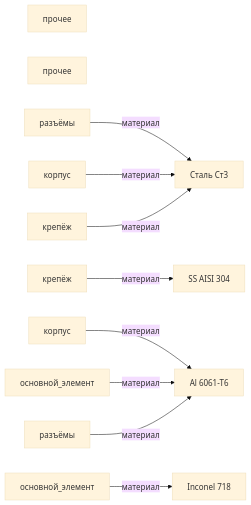
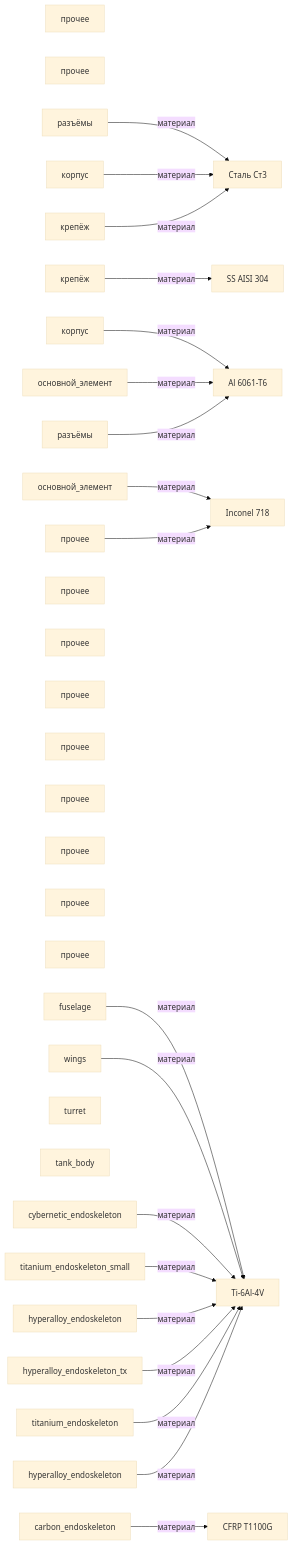
The diagram in graphs/mermaid/graph1_каркас.md (a-m-e-n-t-e-t/SkyNet), drawn with Mermaid (base theme) before and after one commit. The commit also changed other lines of this file and 174 other files, not shown here.

````diff
--- a/graphs/mermaid/graph1_каркас.md
+++ b/graphs/mermaid/graph1_каркас.md
@@ -3,25 +3,57 @@
 ```mermaid
 graph LR
     izdelie_kompensatory[прочее]
     izdelie_reshetchatyi_karkas[прочее]
     часть_kompensatory_connectors[разъёмы]
     часть_kompensatory_mounting[крепёж]
     часть_kompensatory_housing[корпус]
     часть_kompensatory_core[основной_элемент]
     часть_reshetchatyi_karkas_housing[корпус]
     часть_reshetchatyi_karkas_core[основной_элемент]
     часть_reshetchatyi_karkas_connectors[разъёмы]
     часть_reshetchatyi_karkas_mounting[крепёж]
+    izdelie_SkyNet_HKAerial[прочее]
+    izdelie_SkyNet_HKTank[прочее]
+    izdelie_SkyNet_MarcusWright[прочее]
+    izdelie_SkyNet_Rev9[прочее]
+    izdelie_SkyNet_Cameron[прочее]
+    izdelie_SkyNet_T850[прочее]
+    izdelie_SkyNet_TX[прочее]
+    izdelie_SkyNet_T600[прочее]
+    izdelie_SkyNet_T800[прочее]
+    часть_hk_aerial_фюзеляж[fuselage]
+    часть_hk_aerial_крылья[wings]
+    часть_hk_tank_башня[turret]
+    часть_hk_tank_корпус[tank_body]
+    часть_marcus_эндоскелет[cybernetic_endoskeleton]
+    часть_rev9_endoskeleton[carbon_endoskeleton]
+    часть_cameron_эндоскелет[titanium_endoskeleton_small]
+    часть_t850_эндоскелет[hyperalloy_endoskeleton]
+    часть_t_x_эндоскелет[hyperalloy_endoskeleton_tx]
+    часть_t600_эндоскелет[titanium_endoskeleton]
+    часть_t800_эндоскелет_торс[hyperalloy_endoskeleton]
     material_al_6061_t6[Al 6061-T6]
+    material_cfrp_t1100g[CFRP T1100G]
     material_inconel_718[Inconel 718]
     material_ss_aisi_304[SS AISI 304]
     material_stal_st3[Сталь Ст3]
+    material_ti_6al_4v[Ti-6Al-4V]
     часть_kompensatory_connectors -->|материал| material_stal_st3
     часть_kompensatory_mounting -->|материал| material_ss_aisi_304
     часть_kompensatory_housing -->|материал| material_al_6061_t6
     часть_kompensatory_core -->|материал| material_inconel_718
     часть_reshetchatyi_karkas_housing -->|материал| material_stal_st3
     часть_reshetchatyi_karkas_core -->|материал| material_al_6061_t6
     часть_reshetchatyi_karkas_connectors -->|материал| material_al_6061_t6
     часть_reshetchatyi_karkas_mounting -->|материал| material_stal_st3
+    izdelie_SkyNet_HKAerial -->|материал| material_inconel_718
+    часть_hk_aerial_фюзеляж -->|материал| material_ti_6al_4v
+    часть_hk_aerial_крылья -->|материал| material_ti_6al_4v
+    часть_marcus_эндоскелет -->|материал| material_ti_6al_4v
+    часть_rev9_endoskeleton -->|материал| material_cfrp_t1100g
+    часть_cameron_эндоскелет -->|материал| material_ti_6al_4v
+    часть_t850_эндоскелет -->|материал| material_ti_6al_4v
+    часть_t_x_эндоскелет -->|материал| material_ti_6al_4v
+    часть_t600_эндоскелет -->|материал| material_ti_6al_4v
+    часть_t800_эндоскелет_торс -->|материал| material_ti_6al_4v
 ```
````
